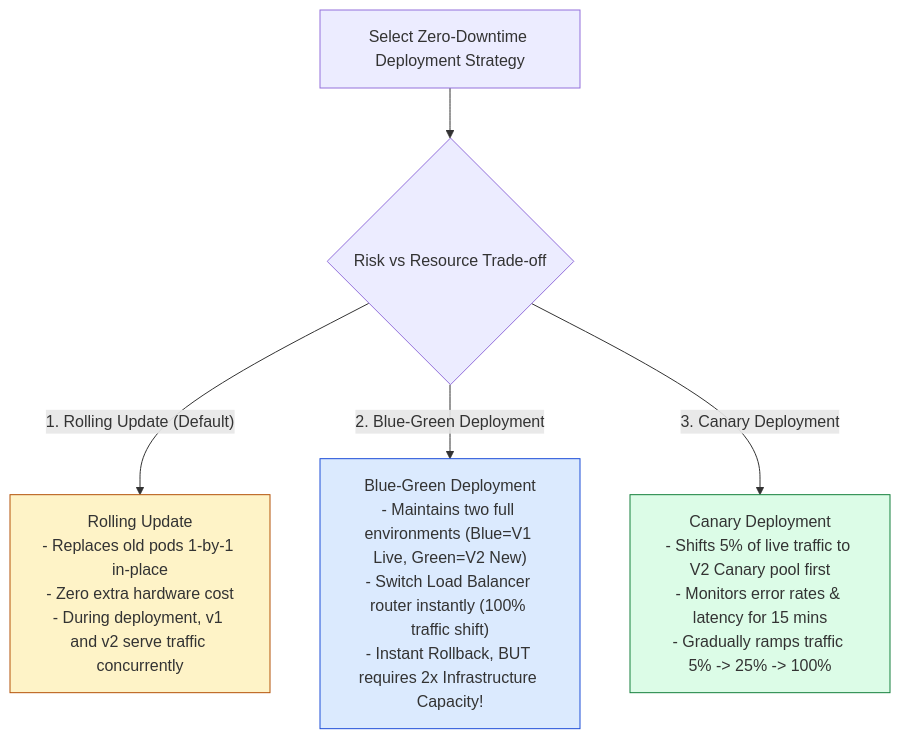
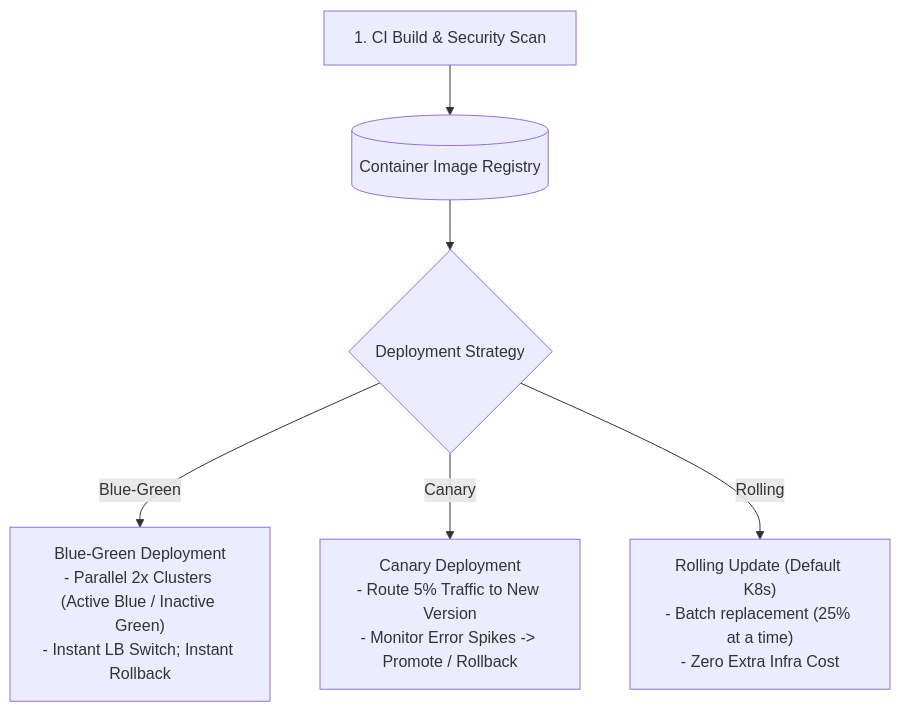
One commit to Amie-dev/engineering-playbook changed the first of 2 diagrams in system-design-notes/33-containers-and-deployment.md. Above: the diagram before and after it, drawn with Mermaid. The commit also changed other lines of this file and 33 other files, not shown here.

First line of the commit message:
Refactor Modules 33 & 34: Enhance Deployment Strategies and Security Fundamentals

````diff
--- a/system-design-notes/33-containers-and-deployment.md
+++ b/system-design-notes/33-containers-and-deployment.md
@@ -41,14 +7,12 @@
 ```mermaid
 flowchart TD
-    StrategyChoice[Select Zero-Downtime Deployment Strategy] --> Type{Risk vs Resource Trade-off}
-
-    Type -- "1. Rolling Update (Default)" --> Rolling["Rolling Update<br/>- Replaces old pods 1-by-1 in-place<br/>- Zero extra hardware cost<br/>- During deployment, v1 and v2 serve traffic concurrently"]
-
-    Type -- "2. Blue-Green Deployment" --> BlueGreen["Blue-Green Deployment<br/>- Maintains two full environments (Blue=V1 Live, Green=V2 New)<br/>- Switch Load Balancer router instantly (100% traffic shift)<br/>- Instant Rollback, BUT requires 2x Infrastructure Capacity!"]
-
-    Type -- "3. Canary Deployment" --> Canary["Canary Deployment<br/>- Shifts 5% of live traffic to V2 Canary pool first<br/>- Monitors error rates & latency for 15 mins<br/>- Gradually ramps traffic 5% -> 25% -> 100%"]
-
-    style Canary fill:#dcfce7,stroke:#15803d
-    style BlueGreen fill:#dbeafe,stroke:#1d4ed8
-    style Rolling fill:#fef3c7,stroke:#b45309
+    Build["1. CI Build & Security Scan"] --> ImageReg[("Container Image Registry")]
+    
+    ImageReg --> Choice{Deployment Strategy}
+    
+    Choice -->|Blue-Green| BG["Blue-Green Deployment<br/>- Parallel 2x Clusters (Active Blue / Inactive Green)<br/>- Instant LB Switch; Instant Rollback"]
+    
+    Choice -->|Canary| Canary["Canary Deployment<br/>- Route 5% Traffic to New Version<br/>- Monitor Error Spikes -> Promote / Rollback"]
+    
+    Choice -->|Rolling| Rolling["Rolling Update (Default K8s)<br/>- Batch replacement (25% at a time)<br/>- Zero Extra Infra Cost"]
 ```
````
